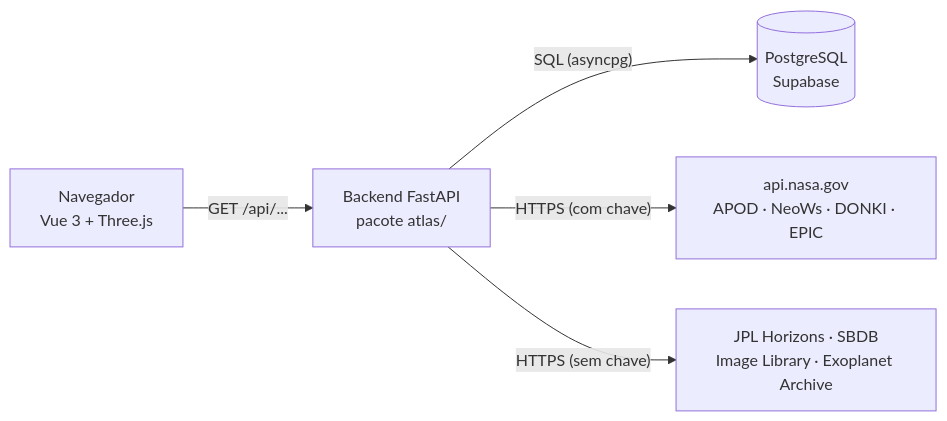
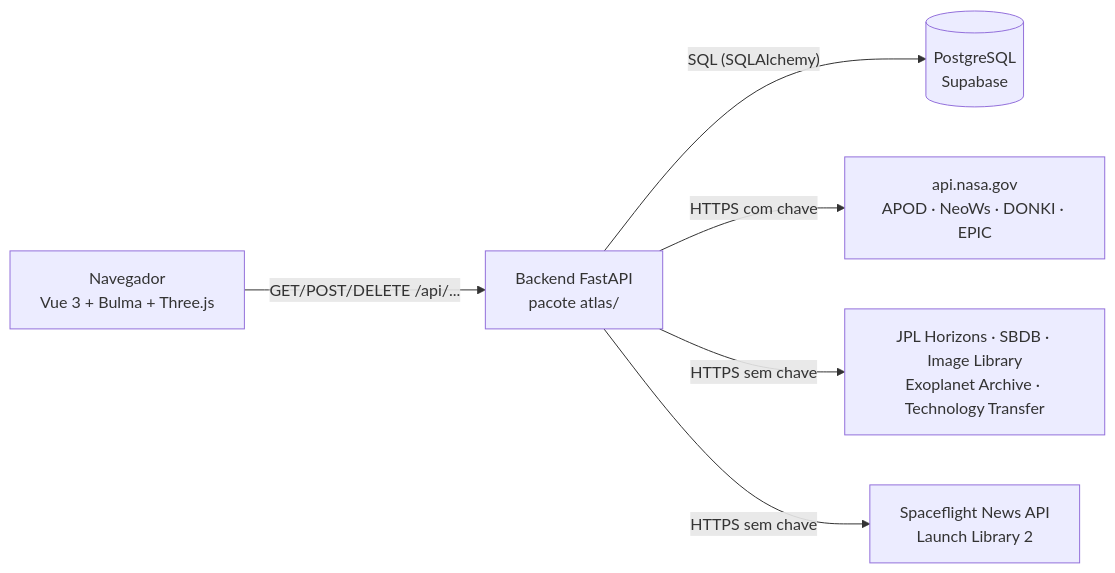
One commit to anacarlavelten/atlas_dos_cosmos changed the first of 2 diagrams in Documentacao.md. Above: the diagram before and after it, drawn with Mermaid. The commit also changed other lines of this file and 58 other files, not shown here.

````diff
--- a/Documentacao.md
+++ b/Documentacao.md
@@ -111,7 +154,8 @@
 ```mermaid
 flowchart LR
-    U[Navegador<br/>Vue 3 + Three.js] -- "GET /api/..." --> B[Backend FastAPI<br/>pacote atlas/]
-    B -- "SQL (asyncpg)" --> DB[(PostgreSQL<br/>Supabase)]
-    B -- "HTTPS (com chave)" --> K[api.nasa.gov<br/>APOD · NeoWs · DONKI · EPIC]
-    B -- "HTTPS (sem chave)" --> J[JPL Horizons · SBDB<br/>Image Library · Exoplanet Archive]
+    U["Navegador<br/>Vue 3 + Bulma + Three.js"] -- "GET/POST/DELETE /api/..." --> B["Backend FastAPI<br/>pacote atlas/"]
+    B -- "SQL (SQLAlchemy)" --> DB[("PostgreSQL<br/>Supabase")]
+    B -- "HTTPS com chave" --> K["api.nasa.gov<br/>APOD · NeoWs · DONKI · EPIC"]
+    B -- "HTTPS sem chave" --> J["JPL Horizons · SBDB · Image Library<br/>Exoplanet Archive · Technology Transfer"]
+    B -- "HTTPS sem chave" --> N["Spaceflight News API<br/>Launch Library 2"]
 ```
````
